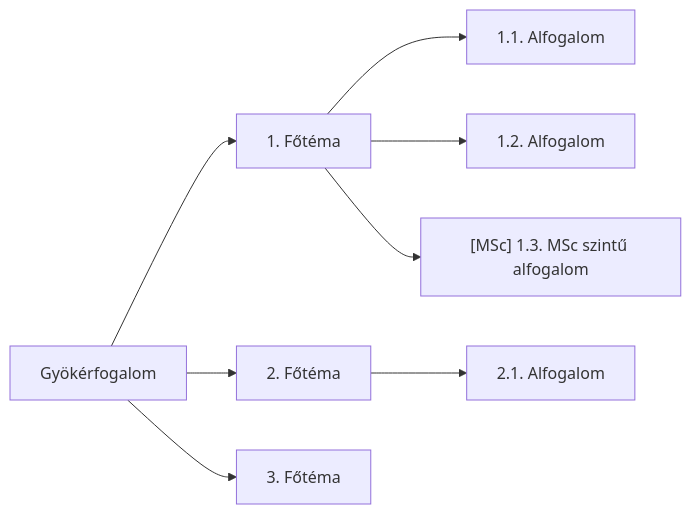
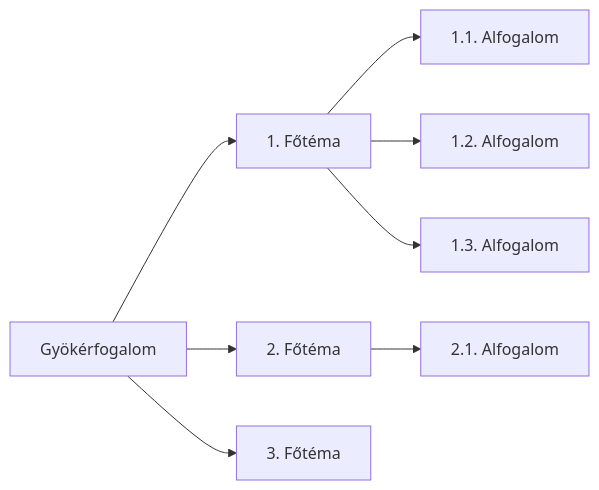
The diagram in .claude/skills/03_mindmap_builder.md (InutilemMachina/claude_course), drawn with Mermaid before and after one commit. The commit also changed other lines of this file and 1 other file, not shown here.

First line of the commit message:
refactor(MSc): kivezetés a sarokkövekből — 03, 04 (P2.1, 1/3)

````diff
--- a/.claude/skills/03_mindmap_builder.md
+++ b/.claude/skills/03_mindmap_builder.md
@@ -75,13 +75,13 @@
 ```mermaid
 flowchart LR
     ROOT["Gyökérfogalom"]
     ROOT --> A["1. Főtéma"]
     ROOT --> B["2. Főtéma"]
     ROOT --> C["3. Főtéma"]
 
     A --> A1["1.1. Alfogalom"]
     A --> A2["1.2. Alfogalom"]
-    A --> A3["[MSc] 1.3. MSc szintű alfogalom"]
+    A --> A3["1.3. Alfogalom"]
 
     B --> B1["2.1. Alfogalom"]
 ```
````
